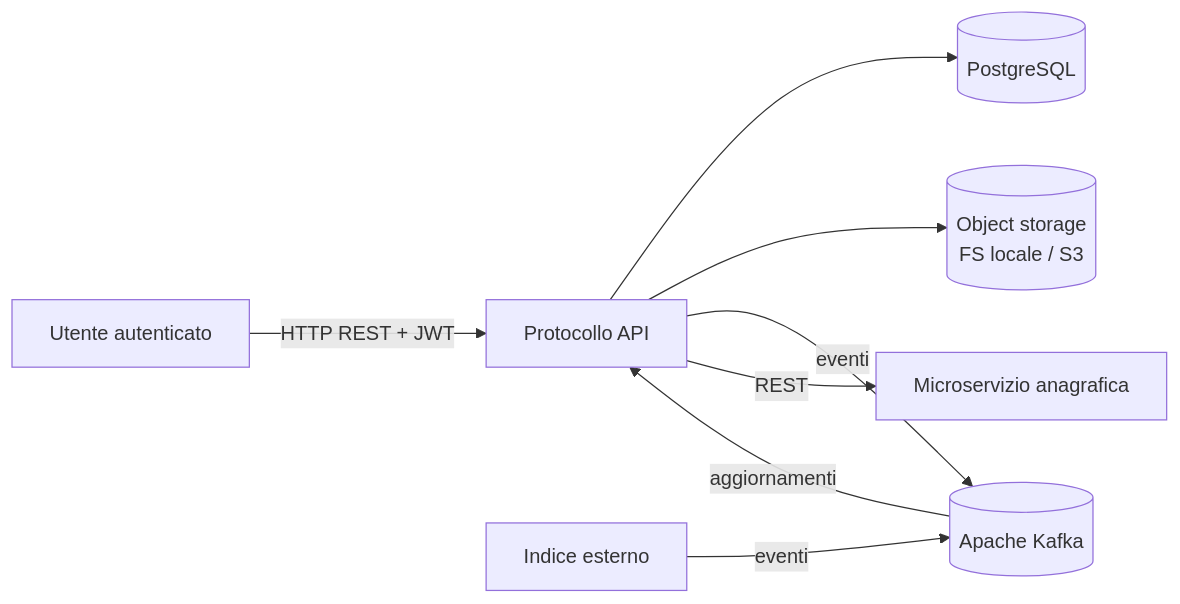
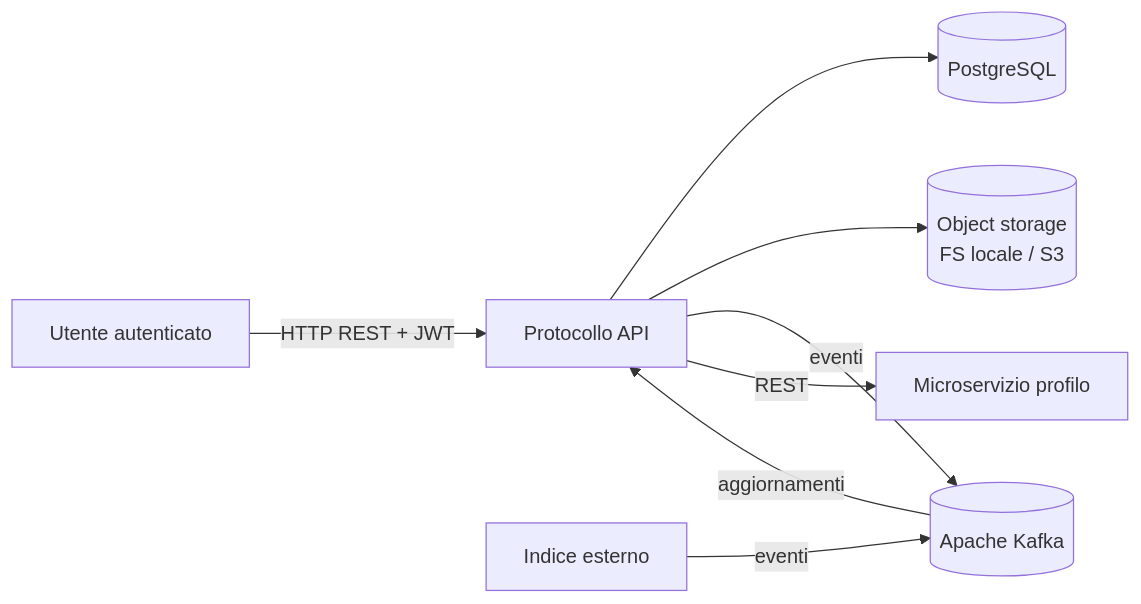
One commit to VNZ93/protocollo-api changed the first of 6 diagrams in docs/HLD.md. Above: the diagram before and after it, drawn with Mermaid. The commit also changed other lines of this file and 12 other files, not shown here.

First line of the commit message:
refactor: rinomina Anagrafica in Profilo in tutto il progetto

````diff
--- a/docs/HLD.md
+++ b/docs/HLD.md
@@ -23,10 +23,10 @@
 ```mermaid
 flowchart LR
     Utente[Utente autenticato] -->|HTTP REST + JWT| API[Protocollo API]
     API --> DB[(PostgreSQL)]
     API --> Storage[(Object storage<br/>FS locale / S3)]
     API -->|eventi| Kafka[(Apache Kafka)]
     Indice[Indice esterno] -->|eventi| Kafka
     Kafka -->|aggiornamenti| API
-    API -->|REST| MS[Microservizio anagrafica]
+    API -->|REST| MS[Microservizio profilo]
 ```
````
